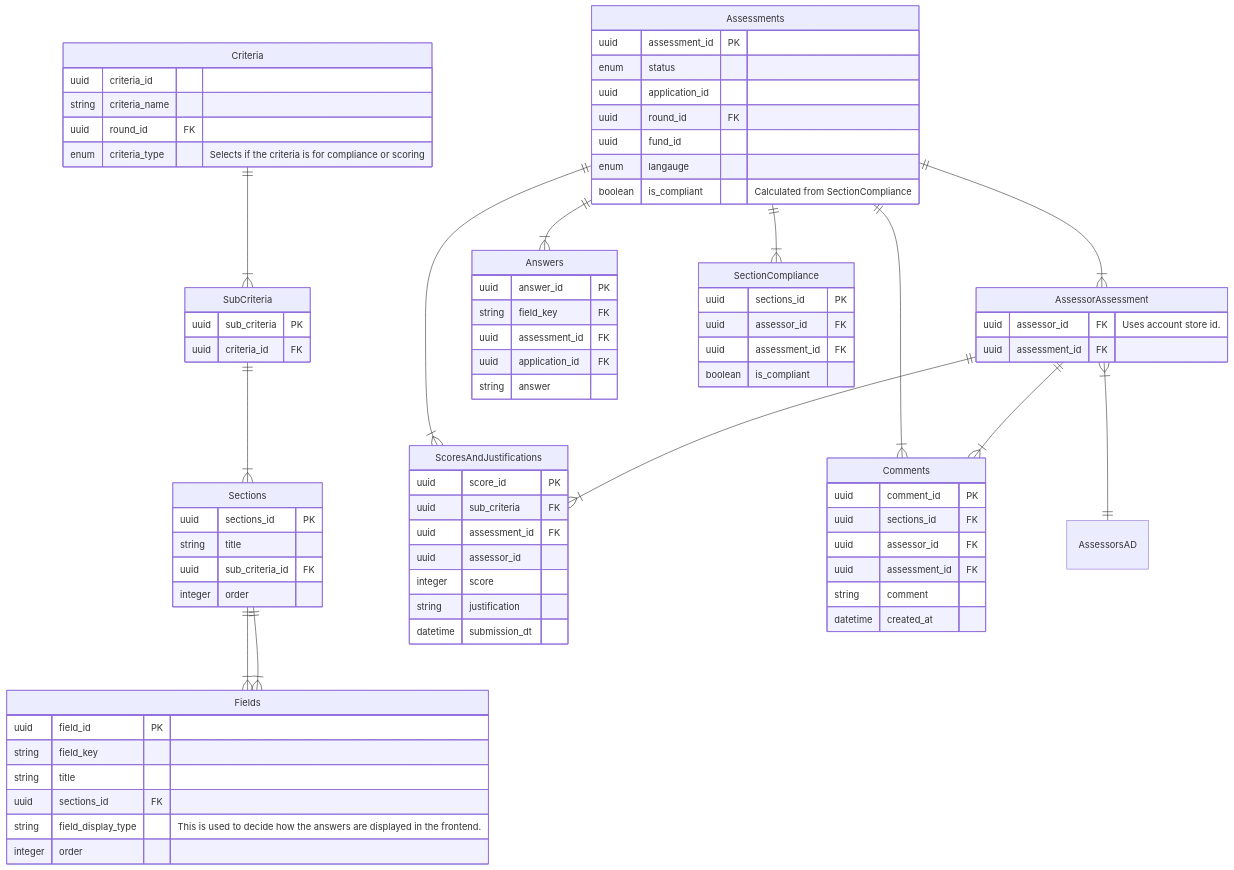
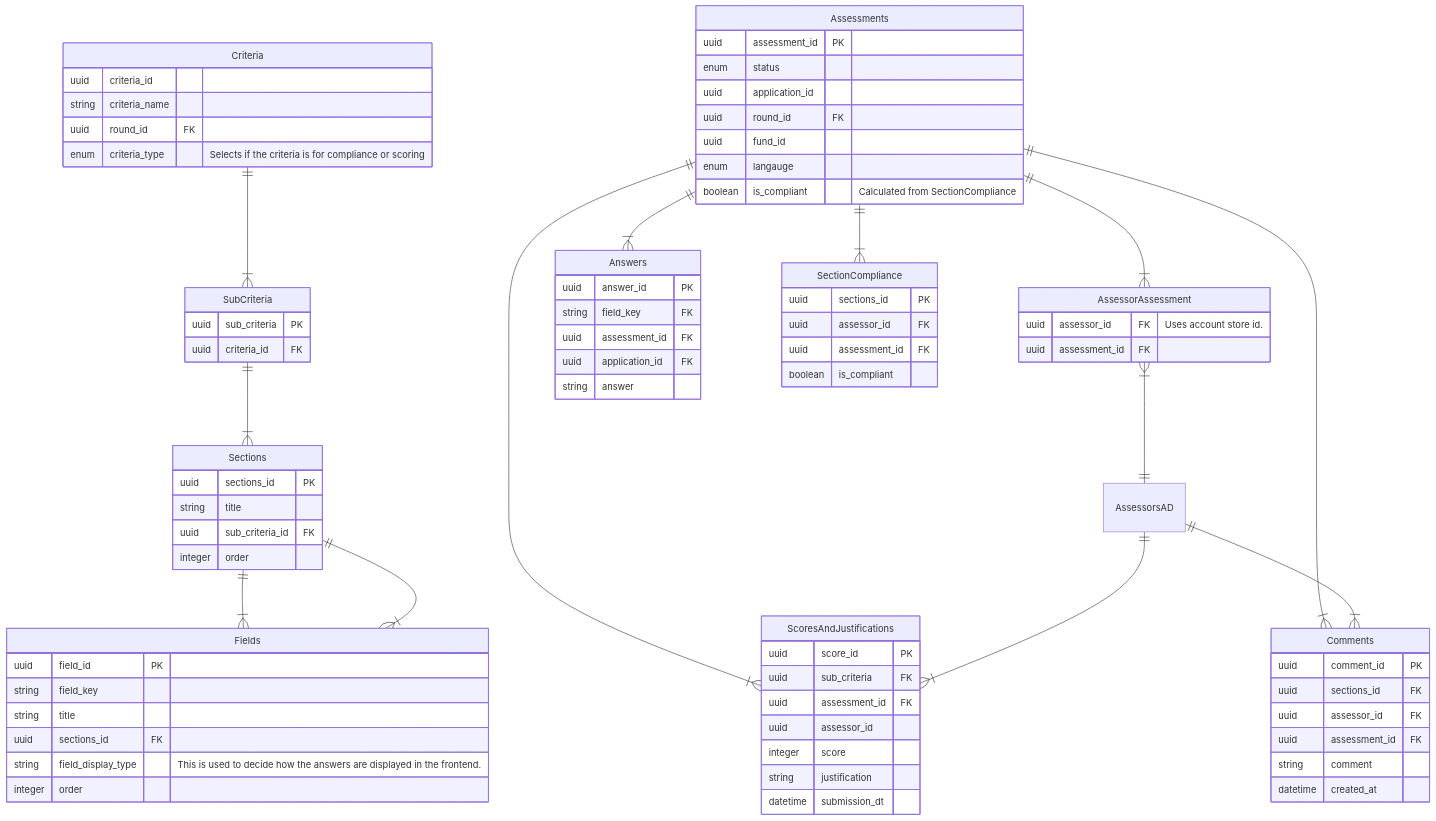
One commit to communitiesuk/funding-service-design-assessment-store changed the diagram in diagrams/db_diagram.md. Above: the diagram before and after it, drawn with Mermaid.

```diff
--- a/diagrams/db_diagram.md
+++ b/diagrams/db_diagram.md
@@ -74,8 +74,8 @@
 	Assessments ||--|{ SectionCompliance : ""
 	Assessments ||--|{ Answers : ""
 	Assessments ||--|{ AssessorAssessment : ""
-	AssessorAssessment ||--|{ Comments : ""
-	AssessorAssessment ||--|{ ScoresAndJustifications : ""
+	AssessorsAD ||--|{ Comments : ""
+	AssessorsAD ||--|{ ScoresAndJustifications : ""
 	AssessorAssessment }|--|| AssessorsAD : ""
 	
 	Criteria ||--|{ SubCriteria : ""
```
